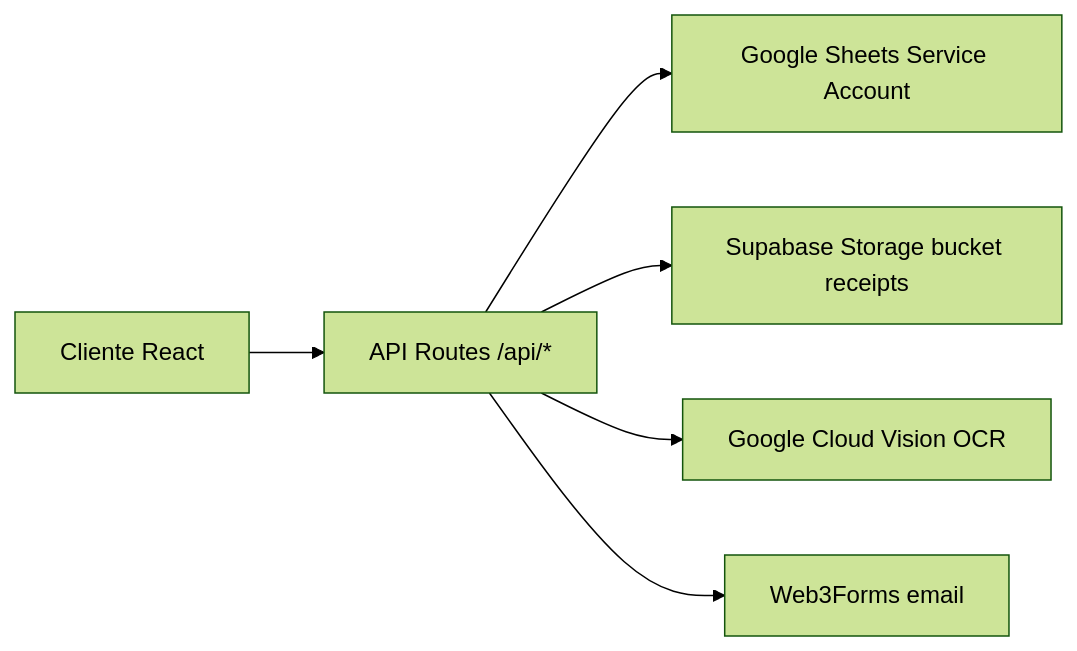
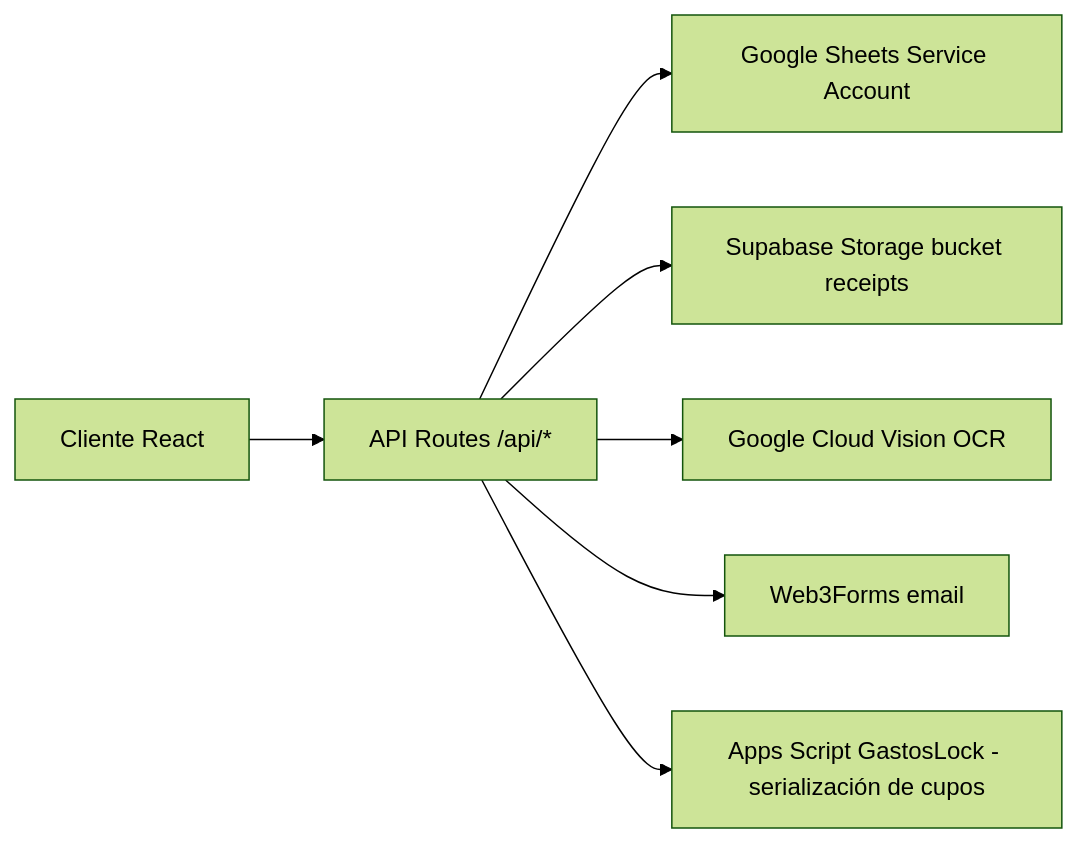
The diagram in docs/CURRENT.md (rodrigoNXCL/expense-tracker), drawn with Mermaid (forest theme) before and after one commit. The commit also changed other lines of this file and 2 other files, not shown here.

````diff
--- a/docs/CURRENT.md
+++ b/docs/CURRENT.md
@@ -879,8 +102,9 @@
 ```mermaid
 flowchart LR
     A[Cliente React] --> B[API Routes /api/*]
     B --> C[Google Sheets Service Account]
     B --> D[Supabase Storage bucket receipts]
     B --> E[Google Cloud Vision OCR]
     B --> F[Web3Forms email]
+    B --> G[Apps Script GastosLock - serialización de cupos]
 ```
````
